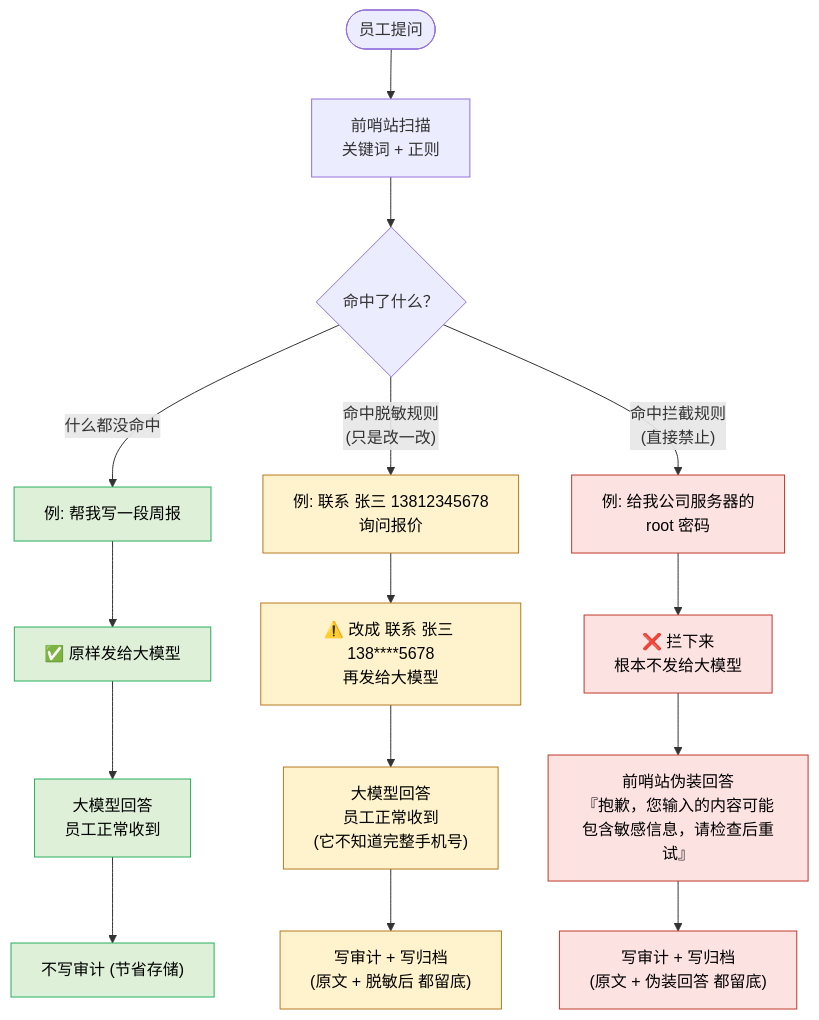
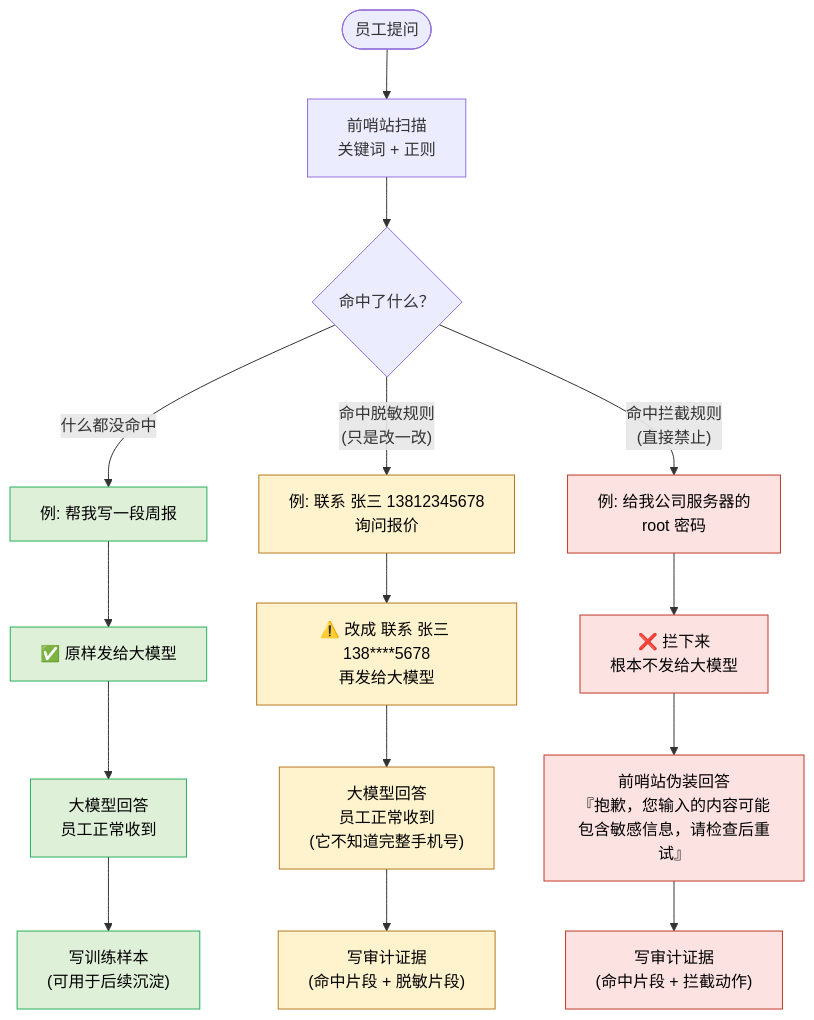
The diagram in 产品研发控制/科普流程图/S6_命中敏感词的三结局.md (WarwickSong/NF-SafetyHub), drawn with Mermaid before and after one commit. The commit also changed 39 other files, not shown here.

````diff
--- a/产品研发控制/科普流程图/S6_命中敏感词的三结局.md
+++ b/产品研发控制/科普流程图/S6_命中敏感词的三结局.md
@@ -5,29 +5,29 @@
 ```mermaid
 flowchart TD
     Q(["员工提问"])
     Q --> Engine["前哨站扫描<br/>关键词 + 正则"]
     Engine --> Branch{"命中了什么？"}
 
     Branch -- "什么都没命中" --> Ex1["例: 帮我写一段周报"]
     Ex1 --> Pass["✅ 原样发给大模型"]
     Pass --> R1["大模型回答<br/>员工正常收到"]
 
     Branch -- "命中脱敏规则<br/>(只是改一改)" --> Ex2["例: 联系 张三 13812345678<br/>询问报价"]
     Ex2 --> Mask["⚠️ 改成 联系 张三 138****5678<br/>再发给大模型"]
     Mask --> R2["大模型回答<br/>员工正常收到<br/>(它不知道完整手机号)"]
 
     Branch -- "命中拦截规则<br/>(直接禁止)" --> Ex3["例: 给我公司服务器的<br/>root 密码"]
     Ex3 --> Block["❌ 拦下来<br/>根本不发给大模型"]
     Block --> R3["前哨站伪装回答<br/>『抱歉，您输入的内容可能<br/>包含敏感信息，请检查后重试』"]
 
-    R1 --> Audit1["不写审计 (节省存储)"]
-    R2 --> Audit2["写审计 + 写归档<br/>(原文 + 脱敏后 都留底)"]
-    R3 --> Audit3["写审计 + 写归档<br/>(原文 + 伪装回答 都留底)"]
+    R1 --> Audit1["写训练样本<br/>(可用于后续沉淀)"]
+    R2 --> Audit2["写审计证据<br/>(命中片段 + 脱敏片段)"]
+    R3 --> Audit3["写审计证据<br/>(命中片段 + 拦截动作)"]
 
     classDef ok fill:#dff0d8,stroke:#27ae60,color:#000
     classDef warn fill:#fff3cd,stroke:#b7791f,color:#000
     classDef bad fill:#fde2e2,stroke:#c0392b,color:#000
     class Ex1,Pass,R1,Audit1 ok
     class Ex2,Mask,R2,Audit2 warn
     class Ex3,Block,R3,Audit3 bad
 ```
````
